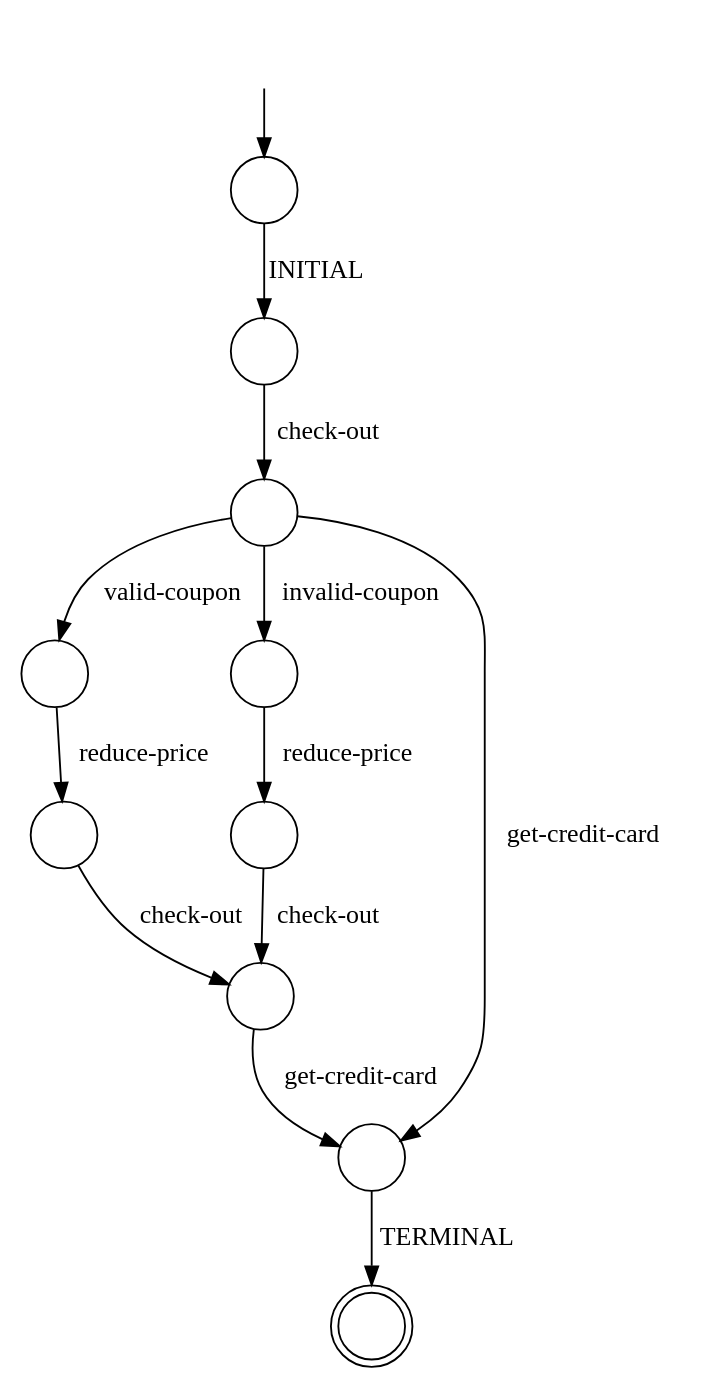
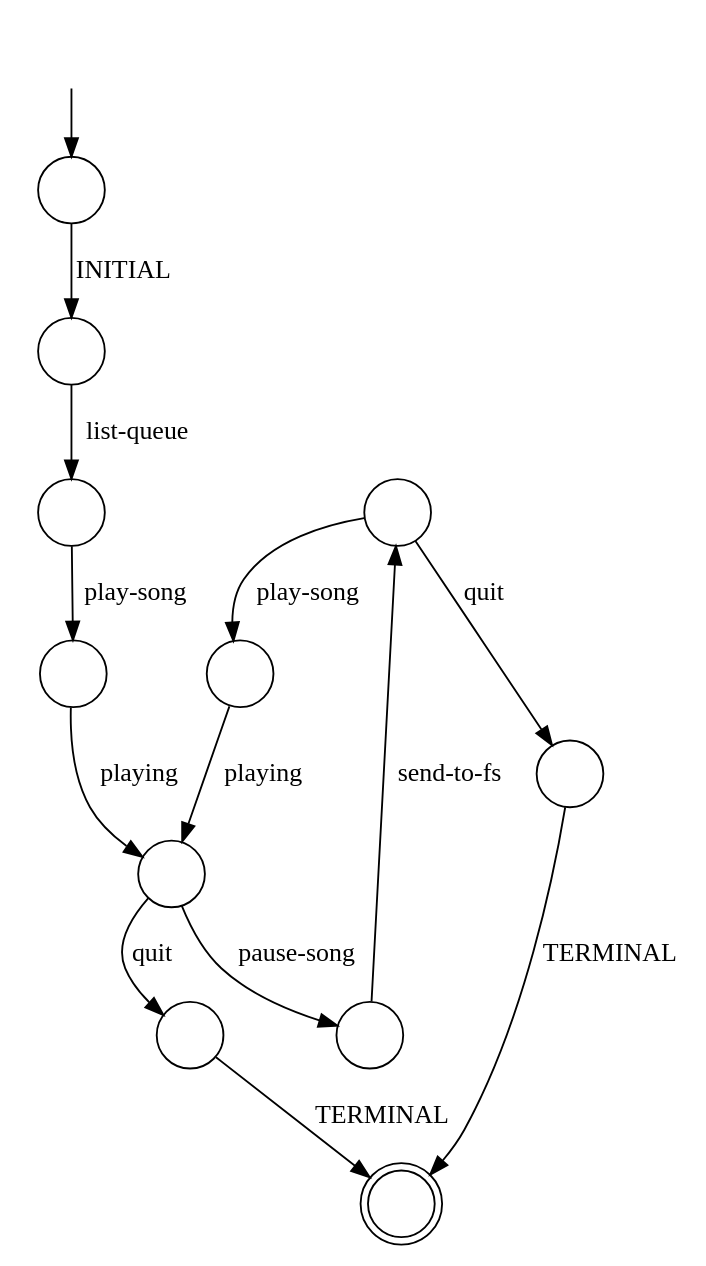
The diagram in bestchai-perfume-frontend-85f927d03b0c/tmp/ktailtest.InvMintKTails.dfa.dot (annadeng/Universal-Model-Inference), drawn with Graphviz before and after one commit. The commit also changed 19 other files, not shown here.

```diff
--- a/bestchai-perfume-frontend-85f927d03b0c/tmp/ktailtest.InvMintKTails.dfa.dot
+++ b/bestchai-perfume-frontend-85f927d03b0c/tmp/ktailtest.InvMintKTails.dfa.dot
@@ -1,25 +1,27 @@
 digraph {
   0 [shape=doublecircle,label=""];
   1 [shape=circle,label=""];
-  1 -> 8 [label="valid-coupon"]
-  1 -> 2 [label="invalid-coupon"]
-  1 -> 9 [label="get-credit-card"]
+  1 -> 7 [label="playing"]
   2 [shape=circle,label=""];
-  2 -> 6 [label="reduce-price"]
+  initial [shape=plaintext,label=""];
+  initial -> 2
+  2 -> 5 [label="INITIAL"]
   3 [shape=circle,label=""];
-  initial [shape=plaintext,label=""];
-  initial -> 3
-  3 -> 4 [label="INITIAL"]
+  3 -> 4 [label="send-to-fs"]
   4 [shape=circle,label=""];
-  4 -> 1 [label="check-out"]
+  4 -> 1 [label="play-song"]
+  4 -> 8 [label="quit"]
   5 [shape=circle,label=""];
-  5 -> 7 [label="check-out"]
+  5 -> 6 [label="list-queue"]
   6 [shape=circle,label=""];
-  6 -> 7 [label="check-out"]
+  6 -> 10 [label="play-song"]
   7 [shape=circle,label=""];
-  7 -> 9 [label="get-credit-card"]
+  7 -> 9 [label="quit"]
+  7 -> 3 [label="pause-song"]
   8 [shape=circle,label=""];
-  8 -> 5 [label="reduce-price"]
+  8 -> 0 [label="TERMINAL"]
   9 [shape=circle,label=""];
   9 -> 0 [label="TERMINAL"]
+  10 [shape=circle,label=""];
+  10 -> 7 [label="playing"]
 }
```
